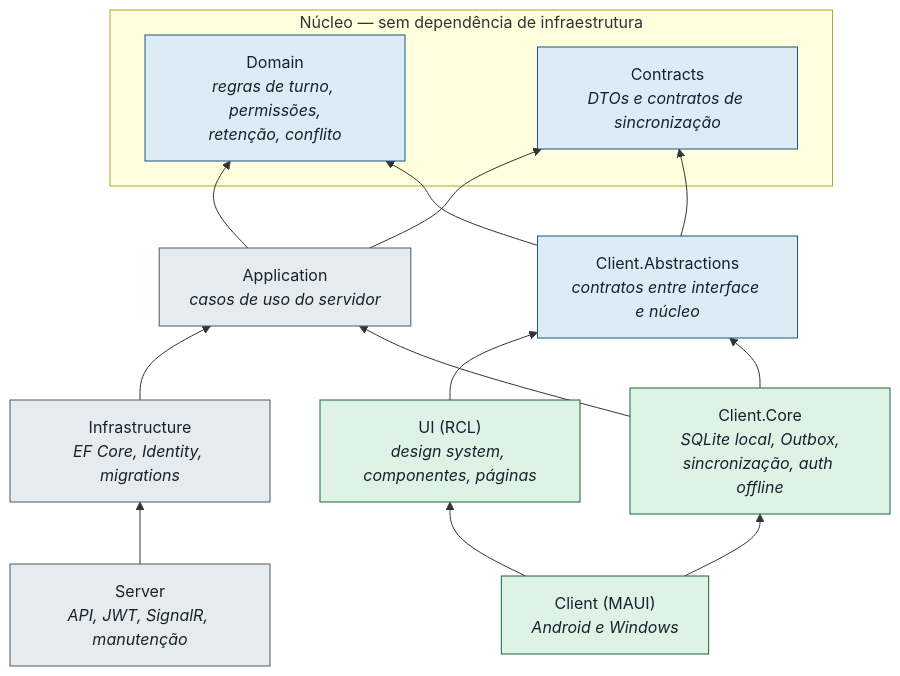
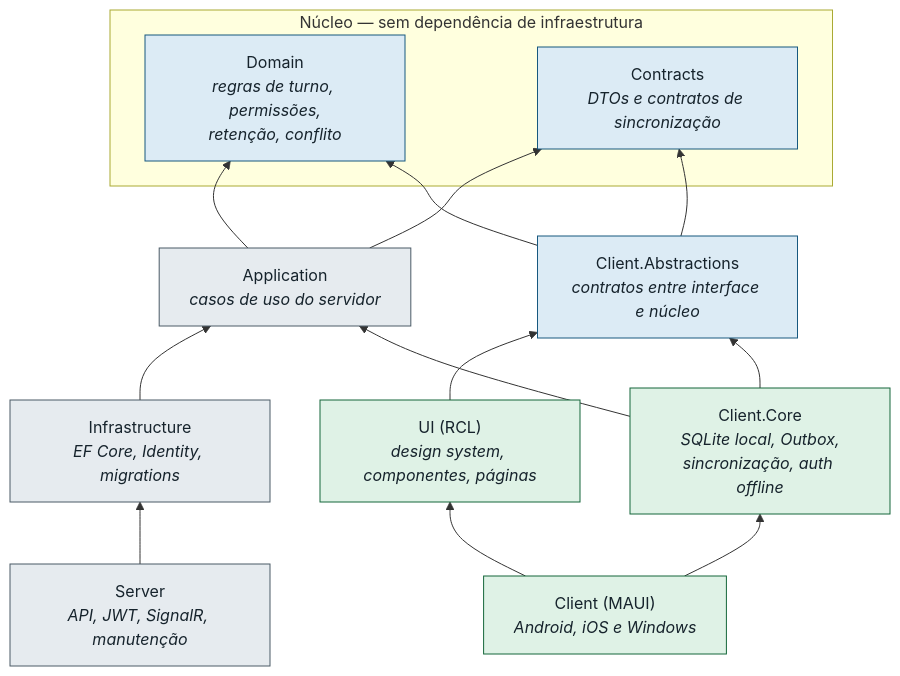
Before and after one commit to DiogoJP202/MedicMark: the diagram in docs/ARCHITECTURE.md, drawn with Mermaid. The commit also changed 94 other files, not shown here.

````diff
--- a/docs/ARCHITECTURE.md
+++ b/docs/ARCHITECTURE.md
@@ -33,35 +33,35 @@
 ```mermaid
 flowchart BT
     subgraph nucleo["Núcleo — sem dependência de infraestrutura"]
         Domain["Domain<br/><i>regras de turno, permissões,<br/>retenção, conflito</i>"]
         Contracts["Contracts<br/><i>DTOs e contratos de sincronização</i>"]
     end
 
     Application["Application<br/><i>casos de uso do servidor</i>"]
     Infrastructure["Infrastructure<br/><i>EF Core, Identity, migrations</i>"]
     Server["Server<br/><i>API, JWT, SignalR, manutenção</i>"]
 
     ClientAbs["Client.Abstractions<br/><i>contratos entre interface e núcleo</i>"]
     UI["UI (RCL)<br/><i>design system, componentes, páginas</i>"]
     ClientCore["Client.Core<br/><i>SQLite local, Outbox,<br/>sincronização, auth offline</i>"]
-    Client["Client (MAUI)<br/><i>Android e Windows</i>"]
+    Client["Client (MAUI)<br/><i>Android, iOS e Windows</i>"]
 
     Application --> Domain
     Application --> Contracts
     Infrastructure --> Application
     Server --> Infrastructure
     ClientAbs --> Domain
     ClientAbs --> Contracts
     UI --> ClientAbs
     ClientCore --> ClientAbs
     ClientCore --> Application
     Client --> UI
     Client --> ClientCore
 
     classDef puro fill:#dcebf5,stroke:#17587f,color:#16232c
     classDef servidor fill:#e6ebef,stroke:#4b5b66,color:#16232c
     classDef cliente fill:#dff2e6,stroke:#14663a,color:#16232c
     class Domain,Contracts,ClientAbs puro
     class Application,Infrastructure,Server servidor
     class UI,ClientCore,Client cliente
 ```
````
